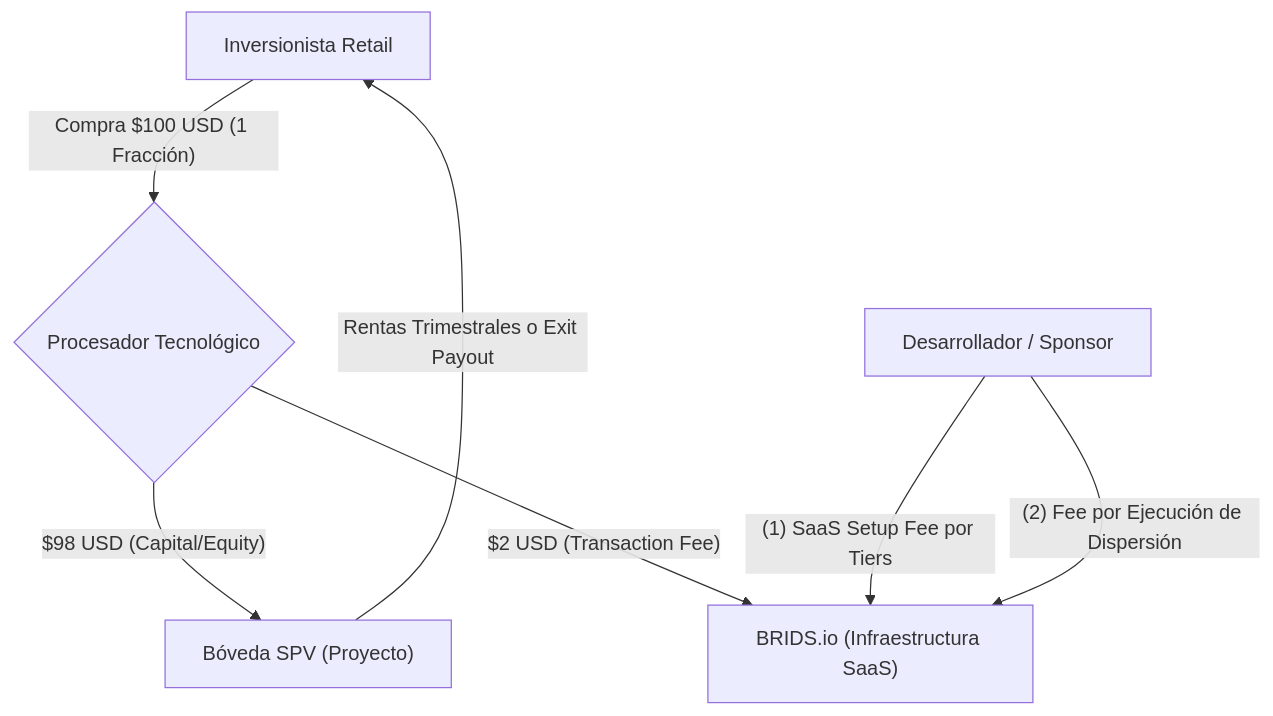
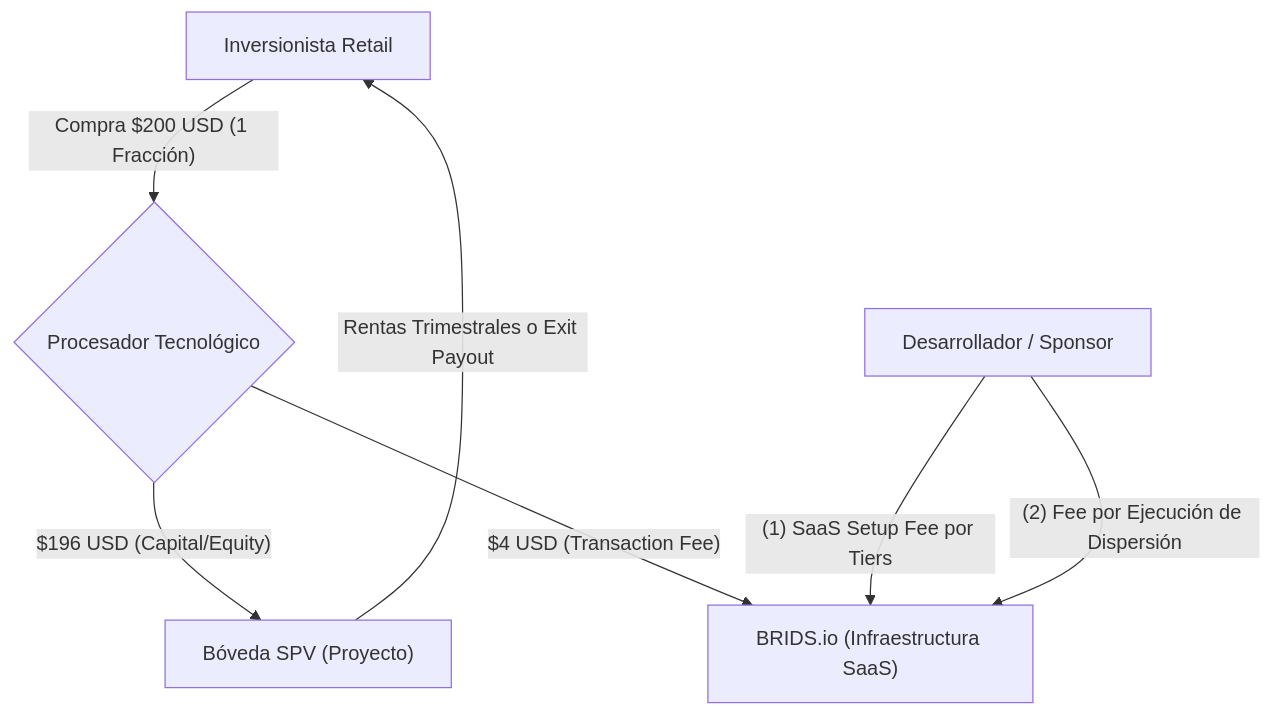
One commit to jeisonsosablockdev/BRIDS-KNOWLEDGE-FORT changed the diagram in BRIDS-Brain/01 Negocio/01 Estrategia & Modelo/Business Concepts/concept-fee-architecture-unit-economics.md. Above: the diagram before and after it, drawn with Mermaid. The commit also changed other lines of this file and 16 other files, not shown here.

First line of the commit message:
feat(vault): update NFT fraction price to $200 USD and transaction fee to $4 USD

````diff
--- a/BRIDS-Brain/01 Negocio/01 Estrategia & Modelo/Business Concepts/concept-fee-architecture-unit-economics.md
+++ b/BRIDS-Brain/01 Negocio/01 Estrategia & Modelo/Business Concepts/concept-fee-architecture-unit-economics.md
@@ -41,15 +41,15 @@
 ```mermaid
 graph TD
     User["Inversionista Retail"]
     Dev["Desarrollador / Sponsor"]
     BRIDS["BRIDS.io (Infraestructura SaaS)"]
     SPV["Bóveda SPV (Proyecto)"]
 
-    User -->|"Compra $100 USD (1 Fracción)"| Split{"Procesador Tecnológico"}
-    Split -->|"$98 USD (Capital/Equity)"| SPV
-    Split -->|"$2 USD (Transaction Fee)"| BRIDS
+    User -->|"Compra $200 USD (1 Fracción)"| Split{"Procesador Tecnológico"}
+    Split -->|"$196 USD (Capital/Equity)"| SPV
+    Split -->|"$4 USD (Transaction Fee)"| BRIDS
 
     Dev -->|"(1) SaaS Setup Fee por Tiers"| BRIDS
     Dev -->|"(2) Fee por Ejecución de Dispersión"| BRIDS
     SPV -->|"Rentas Trimestrales o Exit Payout"| User
 ```
````
